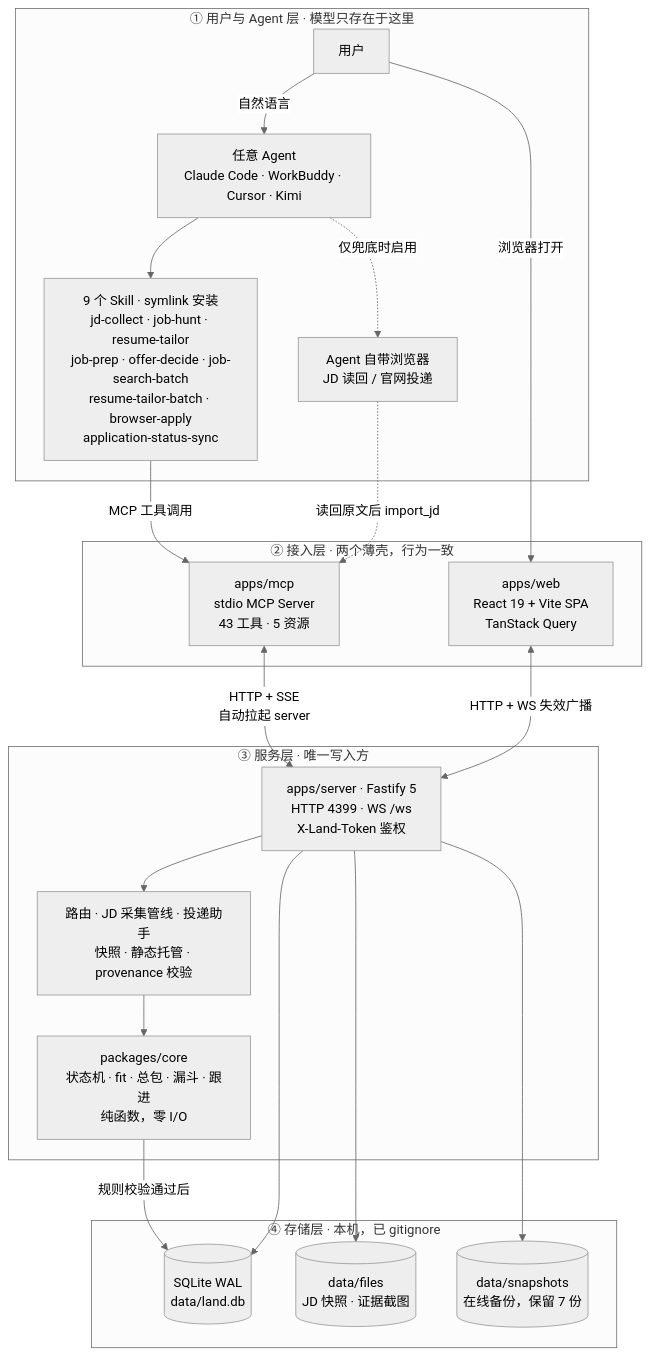
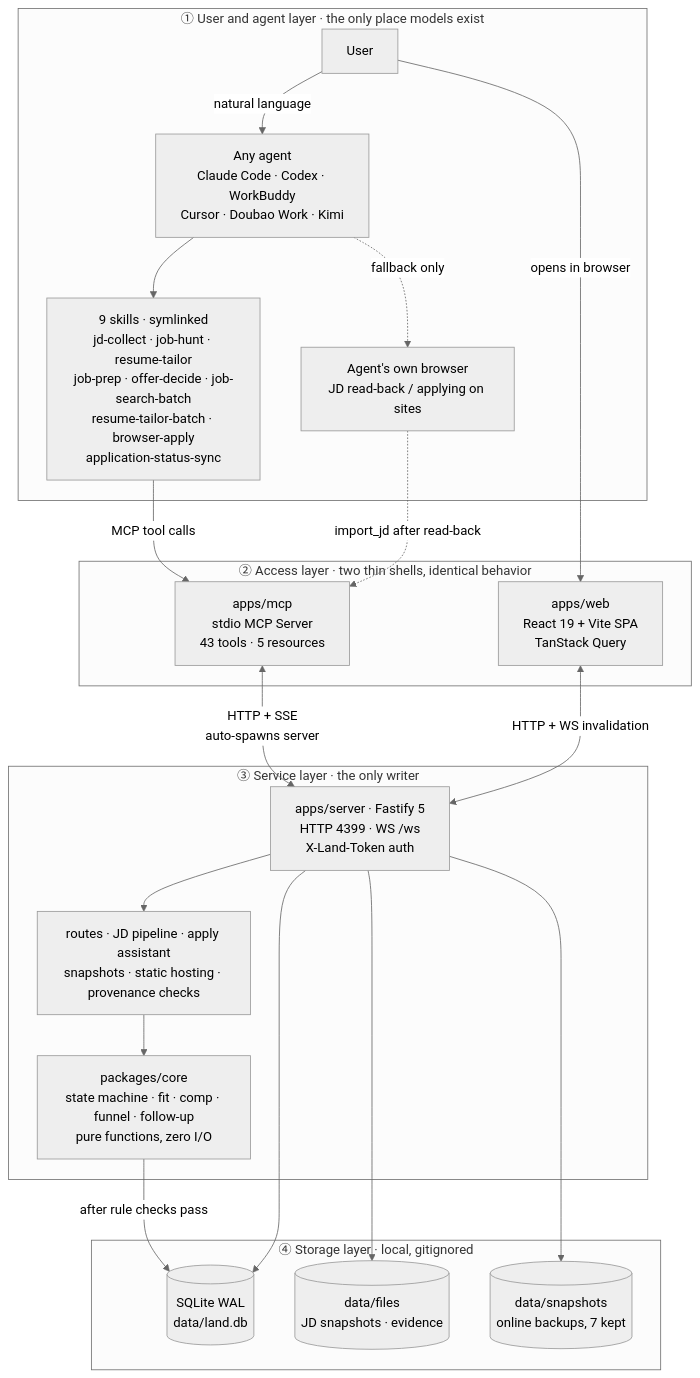
One commit to Dada-liu/land-a-job changed the first of 6 diagrams in README.md. Above: the diagram before and after it, drawn with Mermaid (neutral theme). The commit also changed other lines of this file and 17 other files, not shown here.

````diff
--- a/README.md
+++ b/README.md
@@ -397,41 +401,41 @@
 ```mermaid
 flowchart TB
-  subgraph A["① 用户与 Agent 层 · 模型只存在于这里"]
-    USER["用户"]
-    AGENT["任意 Agent<br/>Claude Code · WorkBuddy · Cursor · Kimi"]
-    SKILLS["9 个 Skill · symlink 安装<br/>jd-collect · job-hunt · resume-tailor<br/>job-prep · offer-decide · job-search-batch<br/>resume-tailor-batch · browser-apply<br/>application-status-sync"]
-    AGBROWSER["Agent 自带浏览器<br/>JD 读回 / 官网投递"]
-    USER -->|"自然语言"| AGENT
+  subgraph A["① User and agent layer · the only place models exist"]
+    USER["User"]
+    AGENT["Any agent<br/>Claude Code · Codex · WorkBuddy<br/>Cursor · Doubao Work · Kimi"]
+    SKILLS["9 skills · symlinked<br/>jd-collect · job-hunt · resume-tailor<br/>job-prep · offer-decide · job-search-batch<br/>resume-tailor-batch · browser-apply<br/>application-status-sync"]
+    AGBROWSER["Agent's own browser<br/>JD read-back / applying on sites"]
+    USER -->|"natural language"| AGENT
     AGENT --> SKILLS
-    AGENT -.->|"仅兜底时启用"| AGBROWSER
+    AGENT -.->|"fallback only"| AGBROWSER
   end
 
-  subgraph B["② 接入层 · 两个薄壳，行为一致"]
-    MCP["apps/mcp<br/>stdio MCP Server<br/>43 工具 · 5 资源"]
+  subgraph B["② Access layer · two thin shells, identical behavior"]
+    MCP["apps/mcp<br/>stdio MCP Server<br/>43 tools · 5 resources"]
     WEB["apps/web<br/>React 19 + Vite SPA<br/>TanStack Query"]
   end
 
-  subgraph C["③ 服务层 · 唯一写入方"]
-    API["apps/server · Fastify 5<br/>HTTP 4399 · WS /ws<br/>X-Land-Token 鉴权"]
-    MODULES["路由 · JD 采集管线 · 投递助手<br/>快照 · 静态托管 · provenance 校验"]
-    CORE["packages/core<br/>状态机 · fit · 总包 · 漏斗 · 跟进<br/>纯函数，零 I/O"]
+  subgraph C["③ Service layer · the only writer"]
+    API["apps/server · Fastify 5<br/>HTTP 4399 · WS /ws<br/>X-Land-Token auth"]
+    MODULES["routes · JD pipeline · apply assistant<br/>snapshots · static hosting · provenance checks"]
+    CORE["packages/core<br/>state machine · fit · comp · funnel · follow-up<br/>pure functions, zero I/O"]
   end
 
-  subgraph D["④ 存储层 · 本机，已 gitignore"]
+  subgraph D["④ Storage layer · local, gitignored"]
     DB[("SQLite WAL<br/>data/land.db")]
-    FILES[("data/files<br/>JD 快照 · 证据截图")]
-    SNAP[("data/snapshots<br/>在线备份，保留 7 份")]
+    FILES[("data/files<br/>JD snapshots · evidence")]
+    SNAP[("data/snapshots<br/>online backups, 7 kept")]
   end
 
-  USER -->|"浏览器打开"| WEB
-  SKILLS -->|"MCP 工具调用"| MCP
-  AGBROWSER -.->|"读回原文后 import_jd"| MCP
-  MCP <-->|"HTTP + SSE<br/>自动拉起 server"| API
-  WEB <-->|"HTTP + WS 失效广播"| API
+  USER -->|"opens in browser"| WEB
+  SKILLS -->|"MCP tool calls"| MCP
+  AGBROWSER -.->|"import_jd after read-back"| MCP
+  MCP <-->|"HTTP + SSE<br/>auto-spawns server"| API
+  WEB <-->|"HTTP + WS invalidation"| API
   API --> MODULES
   MODULES --> CORE
-  CORE -->|"规则校验通过后"| DB
+  CORE -->|"after rule checks pass"| DB
   API --> DB
   API --> FILES
   API --> SNAP
 ```
````
